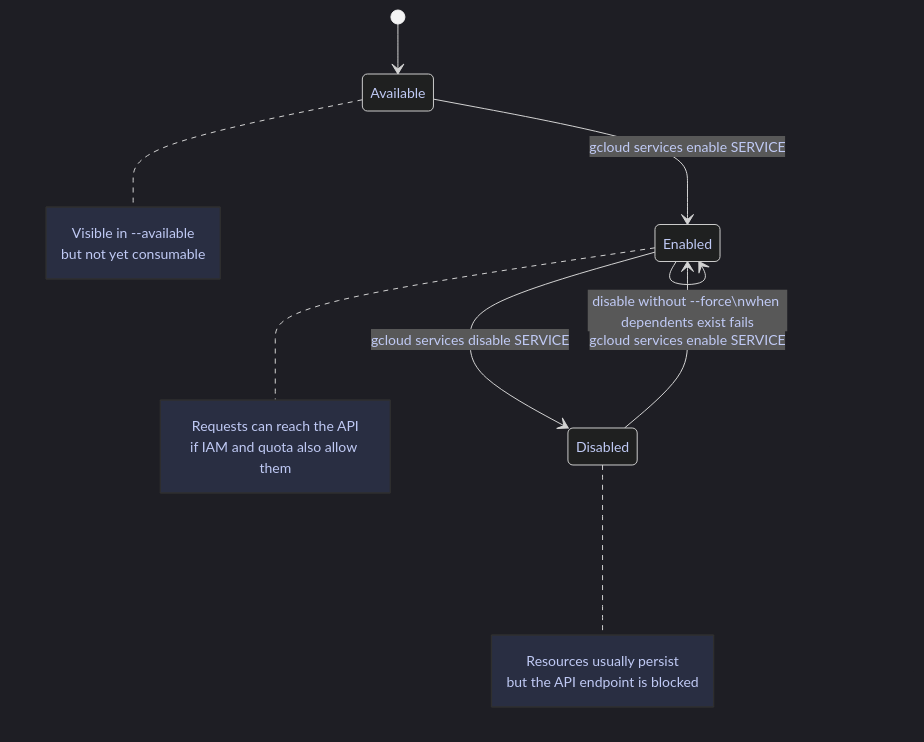
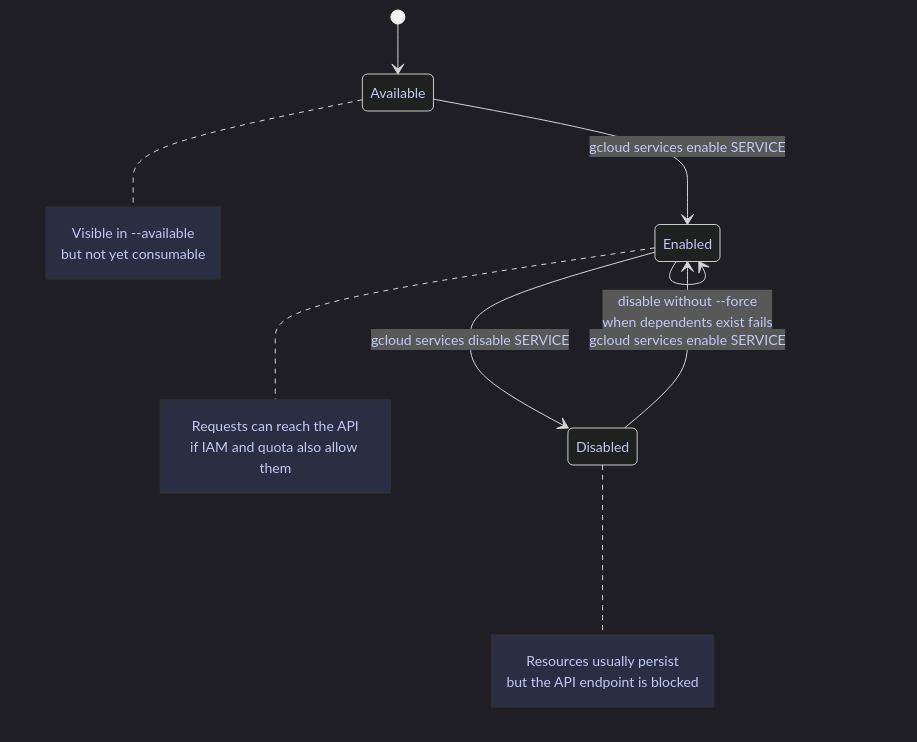
The diagram in content/06-GCP/01-Core/02-gcp-apis-and-services.md (alp78/elysium), drawn with Mermaid before and after one commit. The commit also changed 46 other files, not shown here.

````diff
--- a/content/06-GCP/01-Core/02-gcp-apis-and-services.md
+++ b/content/06-GCP/01-Core/02-gcp-apis-and-services.md
@@ -204,35 +204,35 @@
 ```mermaid
 %%{init: {'theme': 'dark', 'themeVariables': {
   'primaryColor': '#292e42',
   'primaryTextColor': '#c0caf5',
   'primaryBorderColor': '#565f89',
   'lineColor': '#565f89',
   'secondaryColor': '#1a1b26',
   'tertiaryColor': '#24283b',
   'noteTextColor': '#c0caf5',
   'noteBkgColor': '#292e42',
   'textColor': '#c0caf5',
   'fontSize': '14px'
 }}}%%
 stateDiagram-v2
     [*] --> Available
     Available --> Enabled: gcloud services enable SERVICE
     Enabled --> Disabled: gcloud services disable SERVICE
     Disabled --> Enabled: gcloud services enable SERVICE
-    Enabled --> Enabled: disable without --force\nwhen dependents exist fails
+    Enabled --> Enabled: disable without --force<br/>when dependents exist fails
 
     note right of Available
       Visible in --available
       but not yet consumable
     end note
 
     note right of Enabled
       Requests can reach the API
       if IAM and quota also allow them
     end note
 
     note right of Disabled
       Resources usually persist
       but the API endpoint is blocked
     end note
 ```
````
